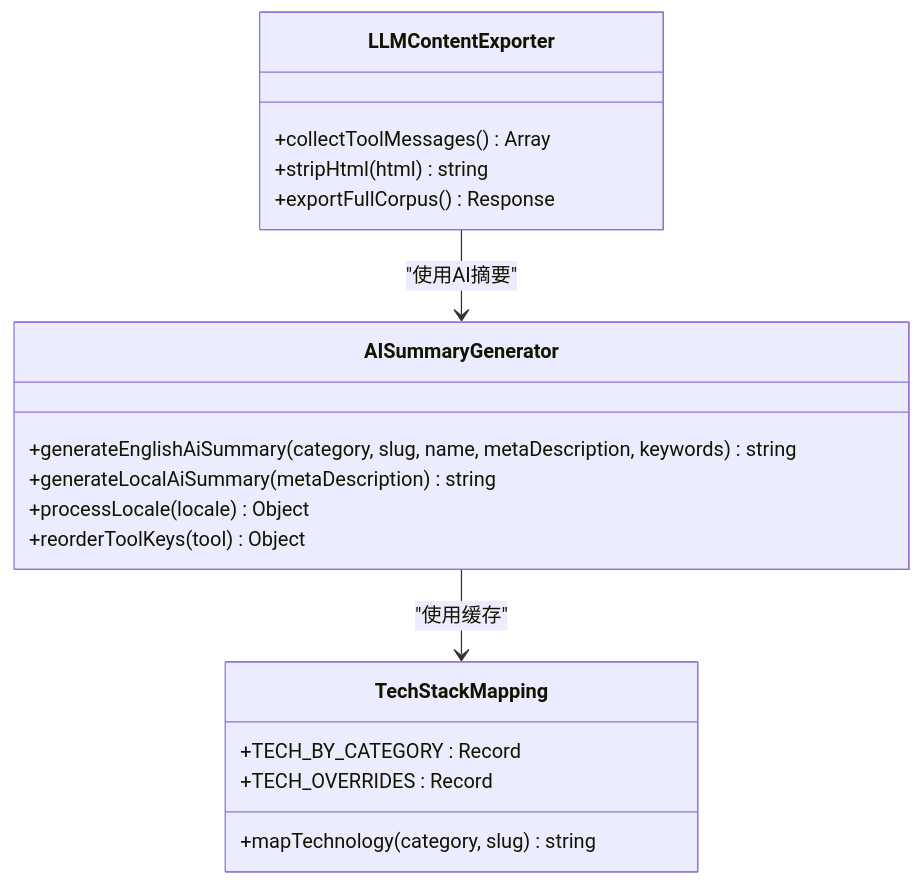
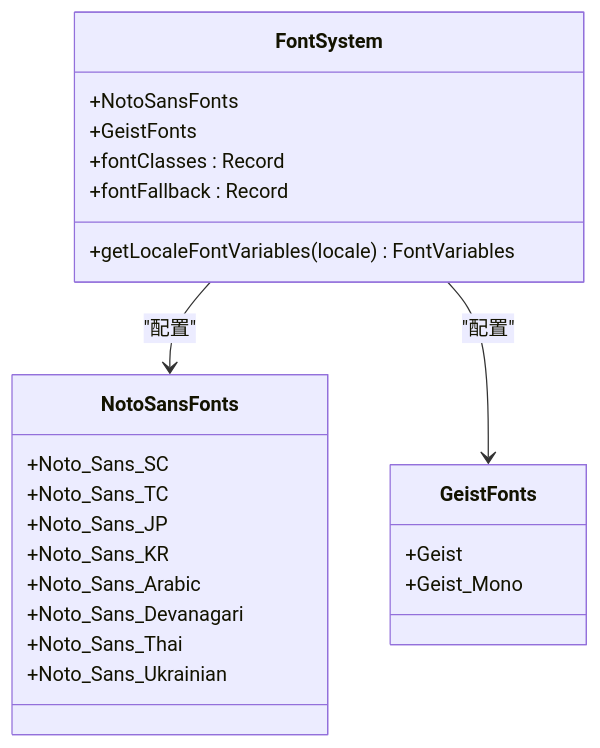
Before and after one commit to sgyy/privadeck: the fourth of 13 diagrams in .qoder/repowiki/zh/content/技术架构/国际化系统.md, drawn with Mermaid. The commit also changed other lines of this file and 48 other files, not shown here.

````diff
--- a/.qoder/repowiki/zh/content/技术架构/国际化系统.md
+++ b/.qoder/repowiki/zh/content/技术架构/国际化系统.md
@@ -319,21 +278,26 @@
 ```mermaid
 classDiagram
-class AISummaryGenerator {
-+generateEnglishAiSummary(category, slug, name, metaDescription, keywords) string
-+generateLocalAiSummary(metaDescription) string
-+processLocale(locale) Object
-+reorderToolKeys(tool) Object
+class FontSystem {
++getLocaleFontVariables(locale) FontVariables
++NotoSansFonts
++GeistFonts
++fontClasses : Record<Locale, string>
++fontFallback : Record<Locale, string>
 }
-class TechStackMapping {
-+TECH_BY_CATEGORY : Record<string, string>
-+TECH_OVERRIDES : Record<string, string>
-+mapTechnology(category, slug) string
+class NotoSansFonts {
++Noto_Sans_SC
++Noto_Sans_TC
++Noto_Sans_JP
++Noto_Sans_KR
++Noto_Sans_Arabic
++Noto_Sans_Devanagari
++Noto_Sans_Thai
++Noto_Sans_Ukrainian
 }
-class LLMContentExporter {
-+collectToolMessages() Array
-+stripHtml(html) string
-+exportFullCorpus() Response
+class GeistFonts {
++Geist
++Geist_Mono
 }
-AISummaryGenerator --> TechStackMapping : "使用缓存"
-LLMContentExporter --> AISummaryGenerator : "使用AI摘要"
+FontSystem --> NotoSansFonts : "配置"
+FontSystem --> GeistFonts : "配置"
 ```
````
